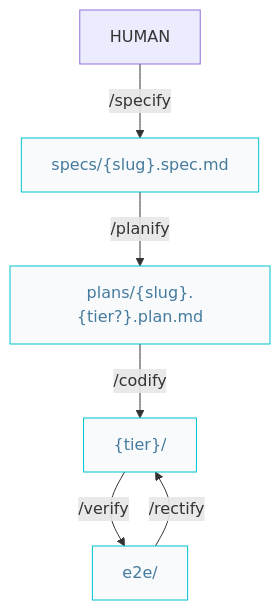
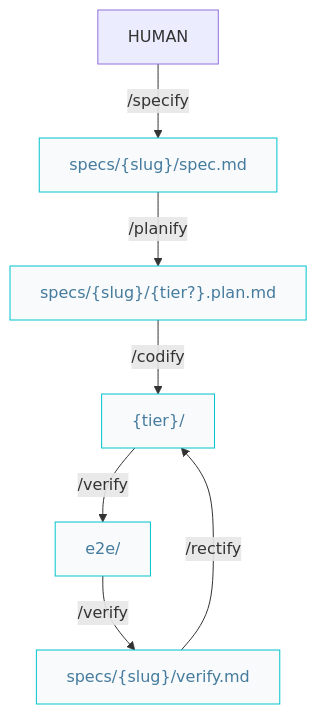
One commit to AIDDbot/AIDDbot changed the diagram in docs/builder.pipelines.md. Above: the diagram before and after it, drawn with Mermaid. The commit also changed other lines of this file and 11 other files, not shown here.

First line of the commit message:
refactor(builder): consolidate spec, plans and verify report per feature folder

````diff
--- a/docs/builder.pipelines.md
+++ b/docs/builder.pipelines.md
@@ -7,16 +9,18 @@
 ```mermaid
 flowchart TD  
   HUM[HUMAN]
-  SPC["specs/{slug}.spec.md"]:::nd
-  PLN["plans/{slug}.{tier?}.plan.md"]:::nd
+  SPC["specs/{slug}/spec.md"]:::nd
+  PLN["specs/{slug}/{tier?}.plan.md"]:::nd
   COD["{tier}/"]:::nd
   E2E["e2e/"]:::nd
+  VER["specs/{slug}/verify.md"]:::nd
 
   HUM -->|/specify| SPC
   SPC -->|/planify| PLN
   PLN -->|/codify| COD
   COD -->|/verify| E2E
-  E2E -->|/rectify| COD
+  E2E -->|/verify| VER
+  VER -->|/rectify| COD
   
   classDef nd fill:#f8fafc,stroke:#00c4cc,color:#457b9d
 ```
````
